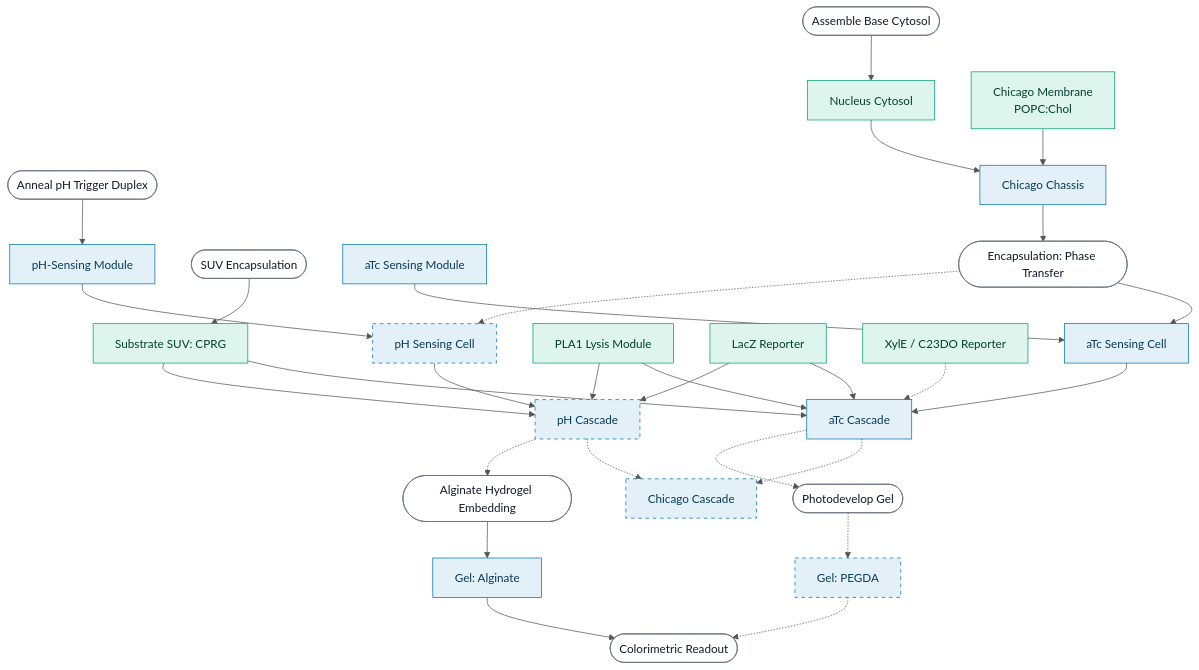
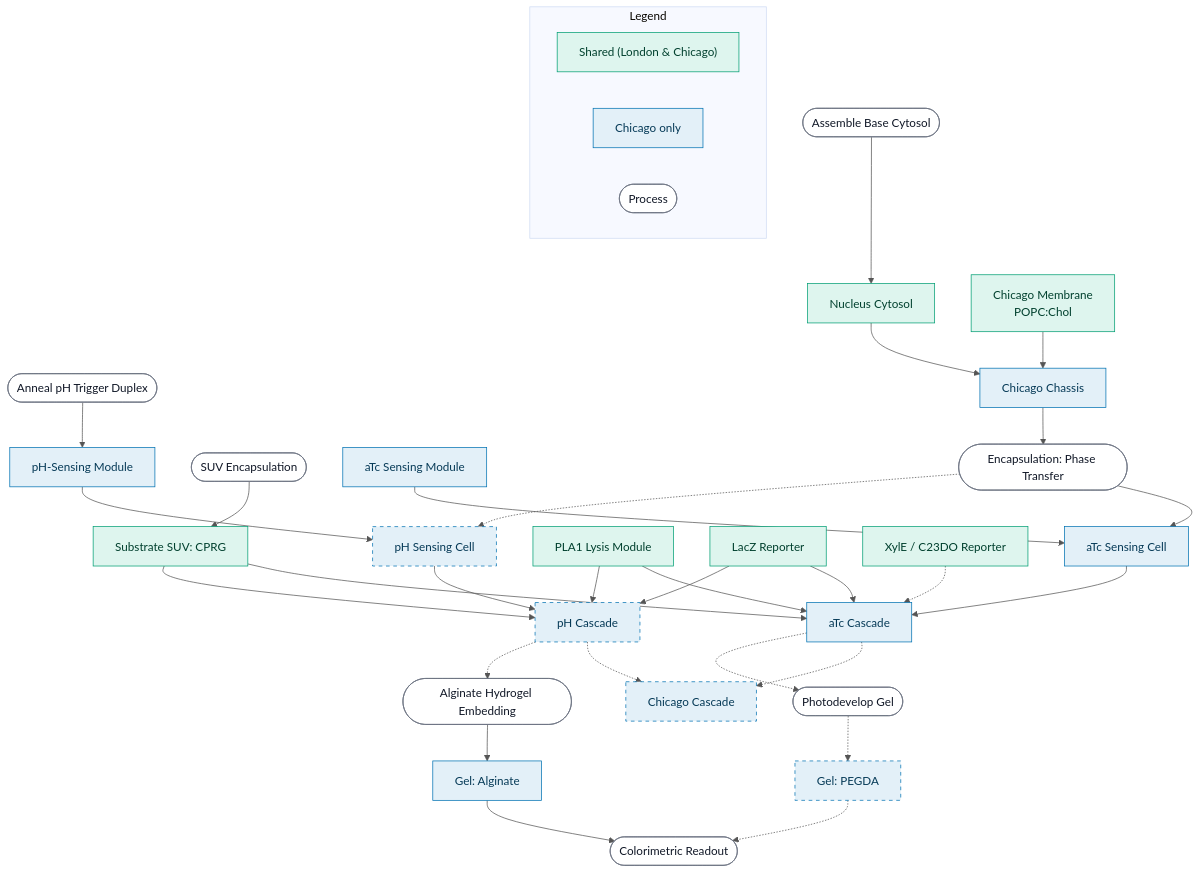
The diagram in devnotes/devstudio/assets/chicago-module-dependencies.md (nucleus-eng/nucleus-devnote-archive-1), drawn with Mermaid before and after one commit. The commit also changed other lines of this file and 3 other files, not shown here.

````diff
--- a/devnotes/devstudio/assets/chicago-module-dependencies.md
+++ b/devnotes/devstudio/assets/chicago-module-dependencies.md
@@ -3,66 +3,75 @@
 ```mermaid
 %%{init: {'theme': 'base', 'themeVariables': {'lineColor': '#555555', 'edgeLabelBackground': '#ffffff'}}}%%
 flowchart TD
     NC["Nucleus Cytosol"]
     MPC["Chicago Membrane<br/>POPC:Chol"]
     P_CYTOSOL(["Assemble Base Cytosol"])
     P_ANNEAL(["Anneal pH Trigger Duplex"])
     P_GUV(["Encapsulation: Phase Transfer"])
     P_SUV(["SUV Encapsulation"])
     P_ALG(["Alginate Hydrogel Embedding"])
     P_PHOTO(["Photodevelop Gel"])
     P_READ(["Colorimetric Readout"])
     CHI["Chicago Chassis"]
     ATC["aTc Sensing Module"]
     PH["pH-Sensing Module"]
     ATCV["aTc Sensing Cell"]
     PHV["pH Sensing Cell"]
     PLA1["PLA1 Lysis Module"]
     LACZ["LacZ Reporter"]
     XYLE["XylE / C23DO Reporter"]
     SUV["Substrate SUV: CPRG"]
     ATCCAS["aTc Cascade"]
     PHCAS["pH Cascade"]
     CHICAS["Chicago Cascade"]
     G_ALG["Gel: Alginate"]
     G_PEGDA["Gel: PEGDA"]
 
     P_CYTOSOL --> NC
     P_ANNEAL --> PH
     P_SUV --> SUV
     NC --> CHI
     MPC --> CHI
     CHI --> P_GUV
     ATC --> ATCV
     PH --> PHV
     P_GUV --> ATCV
     P_GUV -.-> PHV
     ATCV --> ATCCAS
     PLA1 --> ATCCAS
     LACZ --> ATCCAS
     SUV --> ATCCAS
     XYLE -.-> ATCCAS
     PHV --> PHCAS
     PLA1 --> PHCAS
     LACZ --> PHCAS
     SUV --> PHCAS
     ATCCAS -.-> CHICAS
     PHCAS -.-> CHICAS
     PHCAS -.-> P_ALG
     ATCCAS -.-> P_PHOTO
     P_ALG --> G_ALG
     P_PHOTO -.-> G_PEGDA
     G_ALG --> P_READ
     G_PEGDA -.-> P_READ
 
+    subgraph LEGEND["Legend"]
+        LEG_S["Shared (London & Chicago)"]
+        LEG_C["Chicago only"]
+        LEG_P(["Process"])
+    end
+
     classDef chicago fill:#e3f0f8,stroke:#0072B2,color:#063a57;
     classDef shared fill:#def5ee,stroke:#009E73,color:#00402e;
     classDef process fill:#ffffff,stroke:#6b7280,color:#111827;
     class NC,MPC,PLA1,LACZ,XYLE,SUV shared;
     class CHI,ATC,PH,ATCV,PHV,ATCCAS,PHCAS,CHICAS,G_ALG,G_PEGDA chicago;
     class P_CYTOSOL,P_ANNEAL,P_GUV,P_SUV,P_ALG,P_PHOTO,P_READ process;
+    class LEG_S shared;
+    class LEG_C chicago;
+    class LEG_P process;
     style PHV stroke-dasharray: 5 5
     style PHCAS stroke-dasharray: 5 5
     style CHICAS stroke-dasharray: 5 5
     style G_PEGDA stroke-dasharray: 5 5
 ```
````
